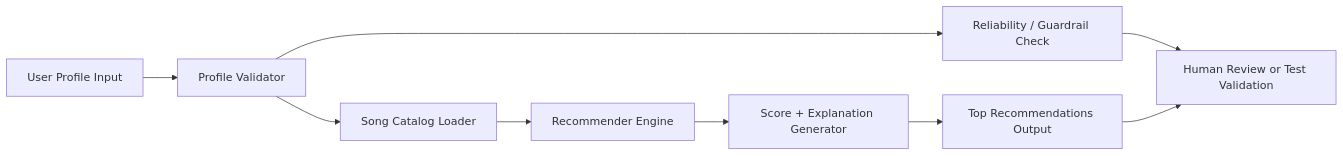
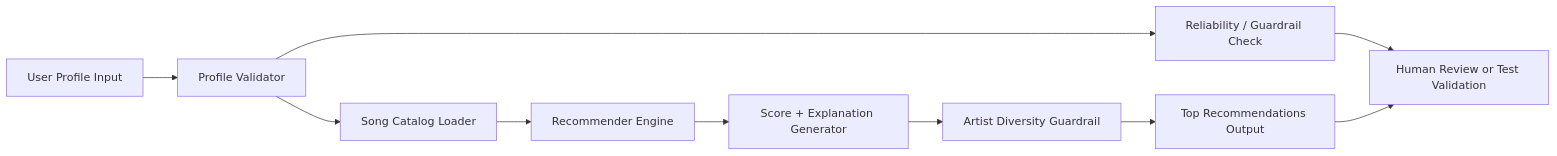
The diagram in diagrams/architecture.mmd (Princewilln/applied-ai-system-project), drawn with Mermaid before and after one commit. The commit also changed 2 other files, not shown here.

Commit message:
docs: align submission artifacts with reliability and diversity safeguards (README.md, architecture.mmd and recommendtion_flow.md)

```diff
--- a/diagrams/architecture.mmd
+++ b/diagrams/architecture.mmd
@@ -1,9 +1,10 @@
 flowchart LR
     A[User Profile Input] --> B[Profile Validator]
     B --> C[Song Catalog Loader]
     C --> D[Recommender Engine]
     D --> E[Score + Explanation Generator]
-    E --> F[Top Recommendations Output]
-    B --> G[Reliability / Guardrail Check]
-    G --> H[Human Review or Test Validation]
-    F --> H
+    E --> F[Artist Diversity Guardrail]
+    F --> G[Top Recommendations Output]
+    B --> H[Reliability / Guardrail Check]
+    H --> I[Human Review or Test Validation]
+    G --> I
```
